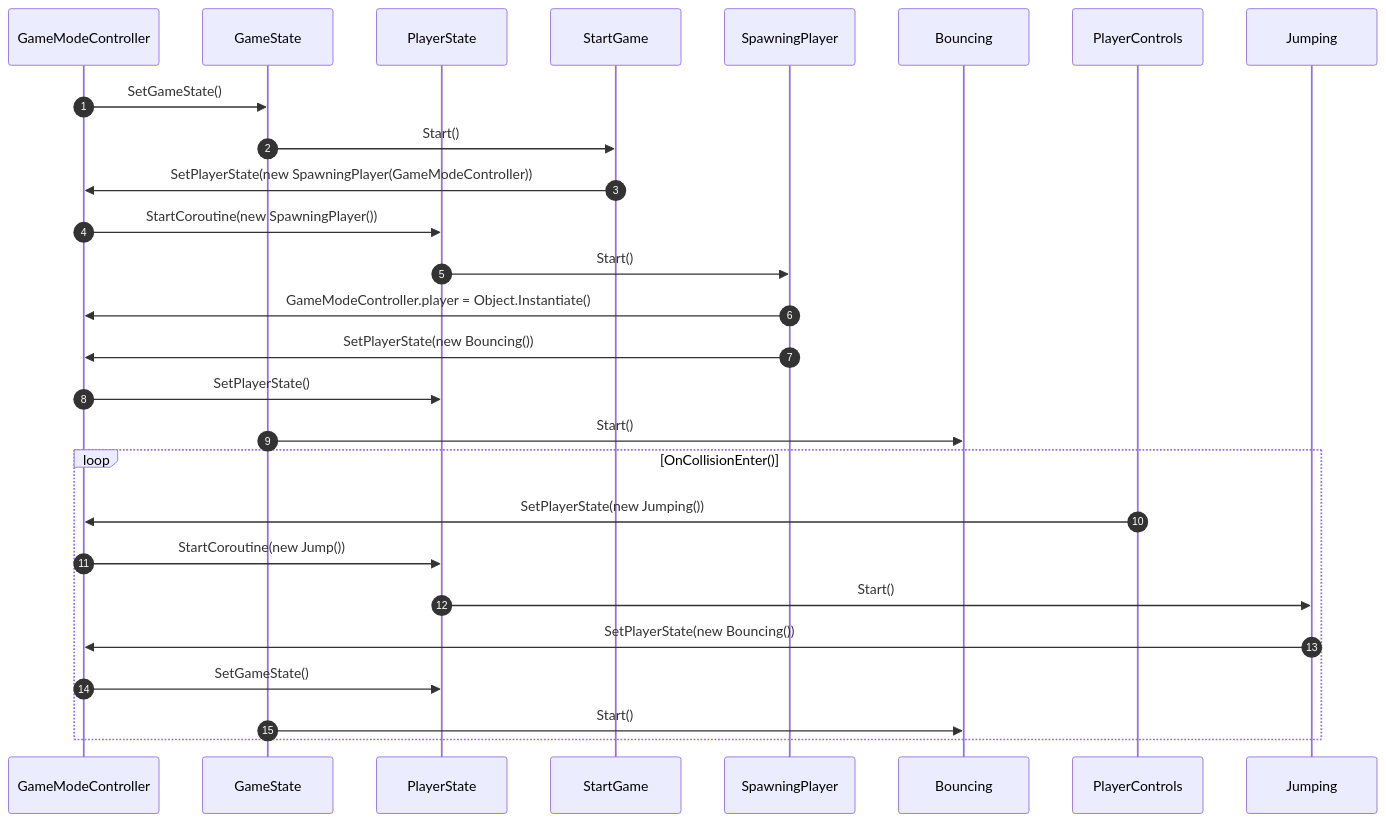
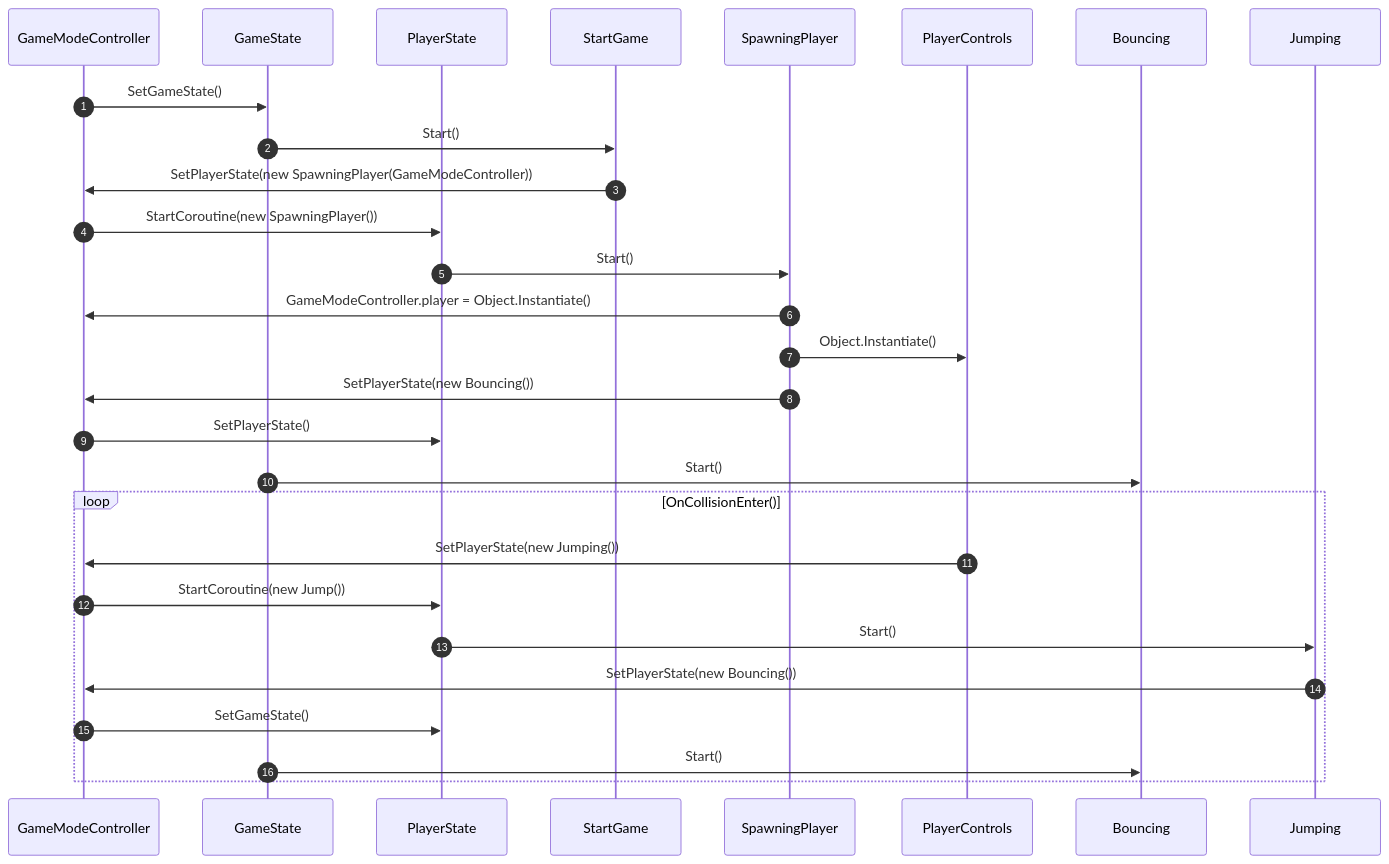
One commit to NicknameAlwaystaken/Bounce-Climber changed the second of 2 diagrams in PROJECTPLANS.md. Above: the diagram before and after it, drawn with Mermaid.

Commit message:
small fixes
I need to figure out how to turn off autonumber or do a different method

````diff
--- a/PROJECTPLANS.md
+++ b/PROJECTPLANS.md
@@ -60,24 +60,26 @@
 ```mermaid
 sequenceDiagram
     autonumber
     participant GameModeController
     participant GameState
     participant PlayerState
     GameModeController->>GameState: SetGameState();
     GameState->>StartGame: Start()
     StartGame->>GameModeController: SetPlayerState(new SpawningPlayer(GameModeController))
     GameModeController->>PlayerState: StartCoroutine(new SpawningPlayer())
     PlayerState->>SpawningPlayer: Start()
     SpawningPlayer->>GameModeController: GameModeController.player = Object.Instantiate()
+    SpawningPlayer->>PlayerControls: Object.Instantiate()
     SpawningPlayer->>GameModeController: SetPlayerState(new Bouncing())
     GameModeController->>PlayerState: SetPlayerState();
     GameState->>Bouncing: Start()
+    %% Aim to end autonumber here
     loop OnCollisionEnter()
         PlayerControls->>GameModeController: SetPlayerState(new Jumping())
         GameModeController->>PlayerState: StartCoroutine(new Jump())
         PlayerState->>Jumping: Start()
         Jumping->>GameModeController: SetPlayerState(new Bouncing())
         GameModeController->>PlayerState: SetGameState();
         GameState->>Bouncing: Start()
     end
 ```
````
